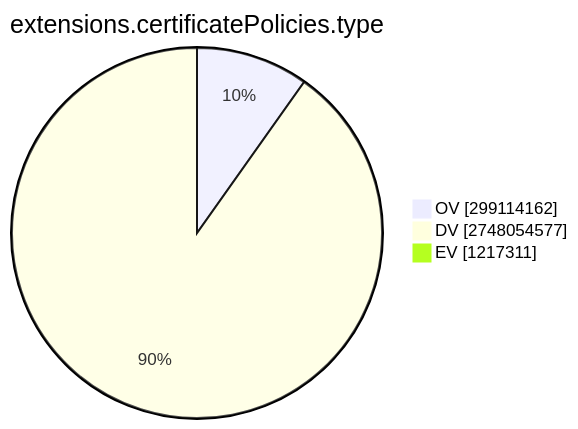
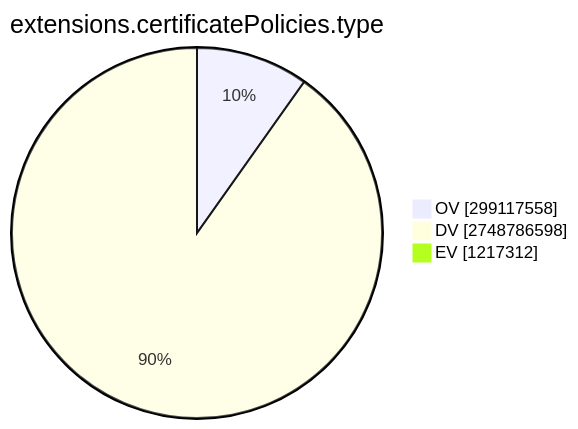
Before and after one commit to christiankrug/ctmonitor_visualization: the ninth of 15 diagrams in TOTAL/README.md, drawn with Mermaid. The commit also changed other lines of this file, not shown here.

````diff
--- a/TOTAL/README.md
+++ b/TOTAL/README.md
@@ -3100,7 +3100,7 @@
 ```mermaid
 pie showData
 title extensions.certificatePolicies.type
-"OV" :299114162
-"DV" :2748054577
-"EV" :1217311
+"OV" :299117558
+"DV" :2748786598
+"EV" :1217312
 ```
````
